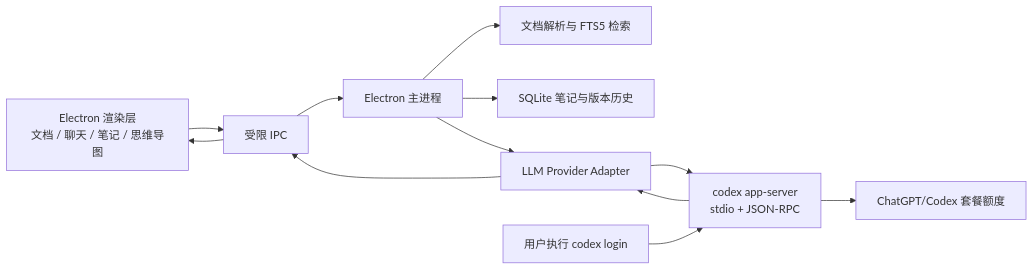
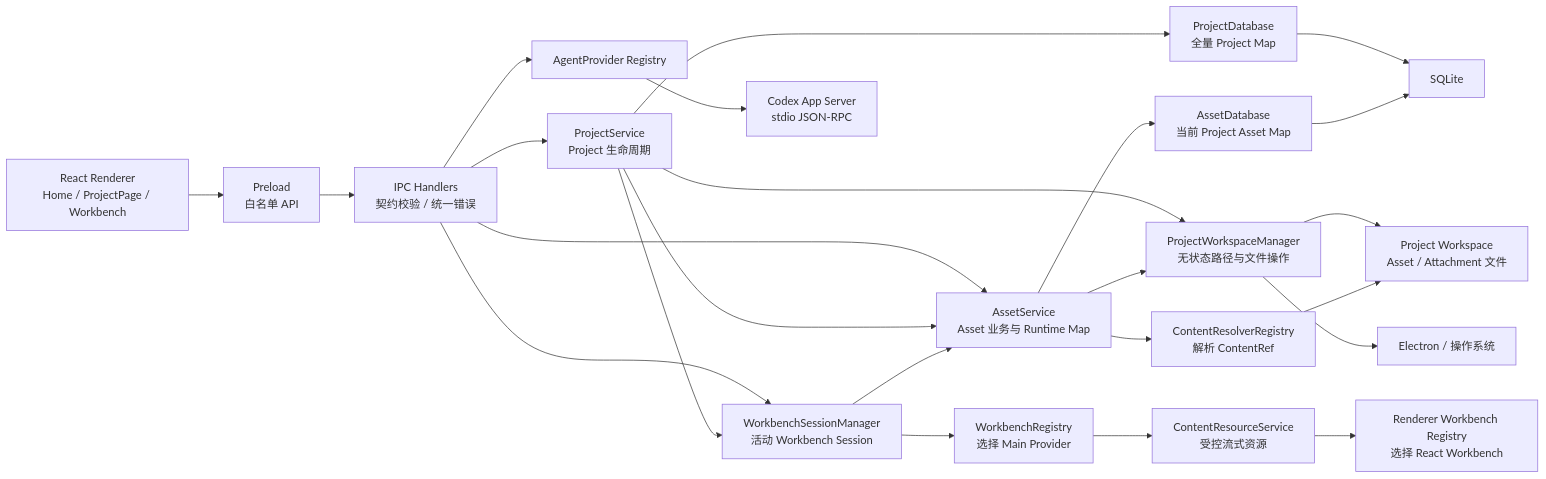
Before and after one commit to wu-tian807/learning-companion: the diagram in TECH_STACK.md, drawn with Mermaid. The commit also changed other lines of this file and 1 other file, not shown here.

````diff
--- a/TECH_STACK.md
+++ b/TECH_STACK.md
@@ -22,21 +96,53 @@
 ```mermaid
 flowchart LR
-    UI["Electron 渲染层<br/>文档 / 聊天 / 笔记 / 思维导图"]
-    IPC["受限 IPC"]
-    MAIN["Electron 主进程"]
-    DOC["文档解析与 FTS5 检索"]
-    NOTE["SQLite 笔记与版本历史"]
-    ADAPTER["LLM Provider Adapter"]
-    SERVER["codex app-server<br/>stdio + JSON-RPC"]
-    LOGIN["用户执行 codex login"]
-    OPENAI["ChatGPT/Codex 套餐额度"]
+    UI["React Renderer<br/>Home / ProjectPage / Workbench"]
+    PRELOAD["Preload<br/>白名单 API"]
+    IPC["IPC Handlers<br/>契约校验 / 统一错误"]
 
-    UI --> IPC --> MAIN
-    MAIN --> DOC
-    MAIN --> NOTE
-    MAIN --> ADAPTER
-    ADAPTER --> SERVER
-    LOGIN --> SERVER
-    SERVER --> OPENAI
-    SERVER --> ADAPTER --> IPC --> UI
+    PS["ProjectService<br/>Project 生命周期"]
+    AS["AssetService<br/>Asset 业务与 Runtime Map"]
+    PDB["ProjectDatabase<br/>全量 Project Map"]
+    ADB["AssetDatabase<br/>当前 Project Asset Map"]
+    PWM["ProjectWorkspaceManager<br/>无状态路径与文件操作"]
+
+    WSM["WorkbenchSessionManager<br/>活动 Workbench Session"]
+    WR["WorkbenchRegistry<br/>选择 Main Provider"]
+    CR["ContentResolverRegistry<br/>解析 ContentRef"]
+    RS["ContentResourceService<br/>受控流式资源"]
+    RR["Renderer Workbench Registry<br/>选择 React Workbench"]
+
+    DB["SQLite"]
+    FILES["Project Workspace<br/>Asset / Attachment 文件"]
+    OS["Electron / 操作系统"]
+
+    AGENT["AgentProvider Registry"]
+    CODEX["Codex App Server<br/>stdio JSON-RPC"]
+
+    UI --> PRELOAD --> IPC
+    IPC --> PS
+    IPC --> AS
+    IPC --> WSM
+
+    PS --> PDB
+    PS --> AS
+    PS --> WSM
+    PS --> PWM
+
+    AS --> ADB
+    AS --> CR
+    AS --> PWM
+
+    PDB --> DB
+    ADB --> DB
+    PWM --> FILES
+    PWM --> OS
+
+    WSM --> AS
+    WSM --> WR
+    CR --> FILES
+    WR --> RS
+    RS --> RR
+
+    IPC --> AGENT
+    AGENT --> CODEX
 ```
````
